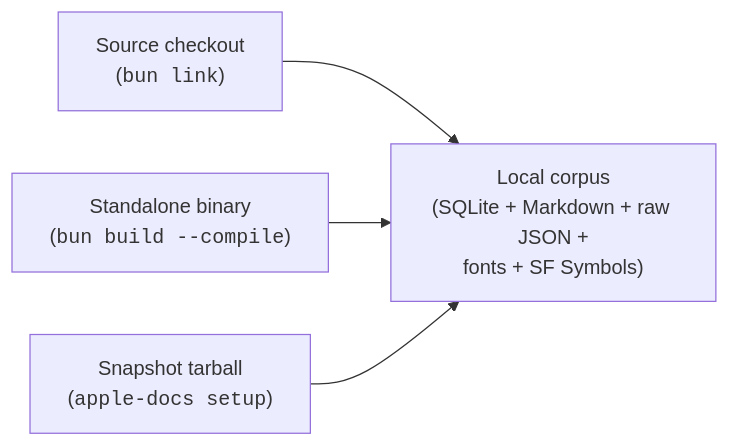
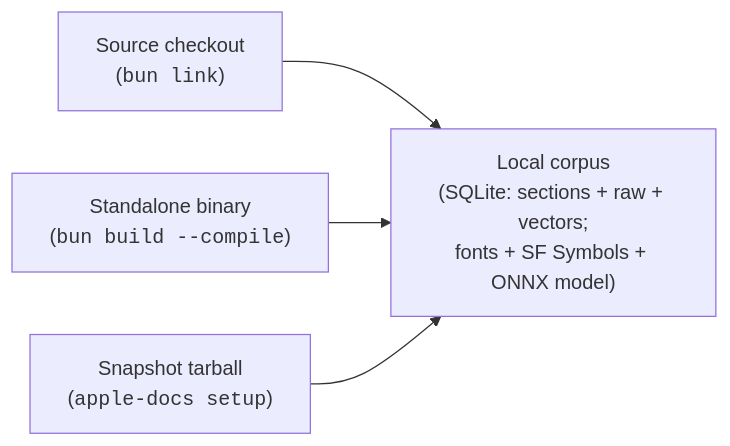
The second of 2 diagrams in docs/architecture.md (g-cqd/apple-docs), drawn with Mermaid before and after one commit. The commit also changed other lines of this file and 4 other files, not shown here.

````diff
--- a/docs/architecture.md
+++ b/docs/architecture.md
@@ -136,11 +136,11 @@
 ```mermaid
 flowchart LR
   src["Source checkout<br/>(<code>bun link</code>)"]
   binary["Standalone binary<br/>(<code>bun build --compile</code>)"]
   snapshot["Snapshot tarball<br/>(<code>apple-docs setup</code>)"]
-  corpus["Local corpus<br/>(SQLite + Markdown + raw JSON +<br/>fonts + SF Symbols)"]
+  corpus["Local corpus<br/>(SQLite: sections + raw + vectors;<br/>fonts + SF Symbols + ONNX model)"]
 
   src --> corpus
   binary --> corpus
   snapshot --> corpus
 ```
````
